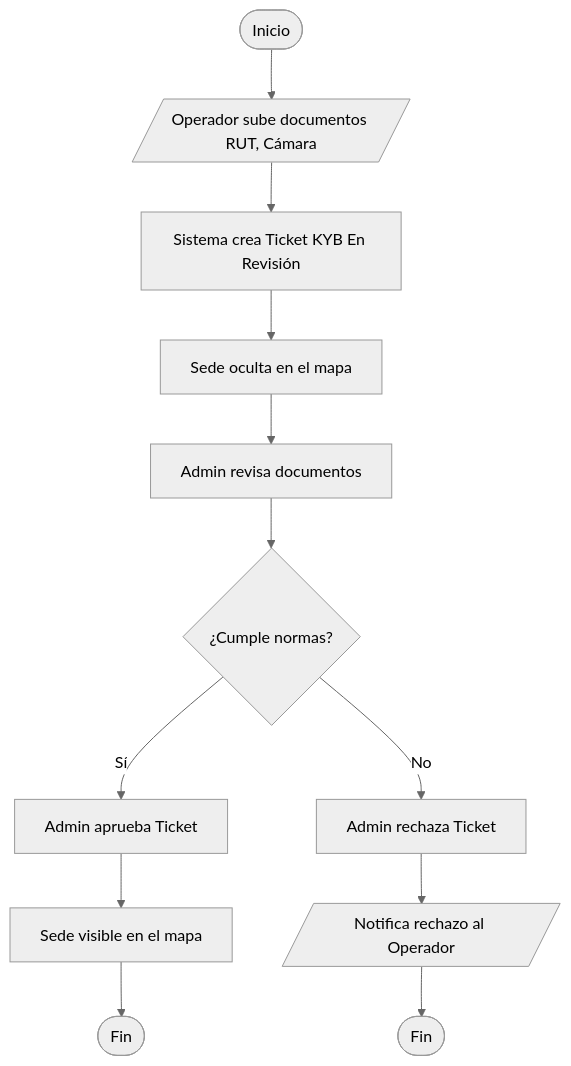
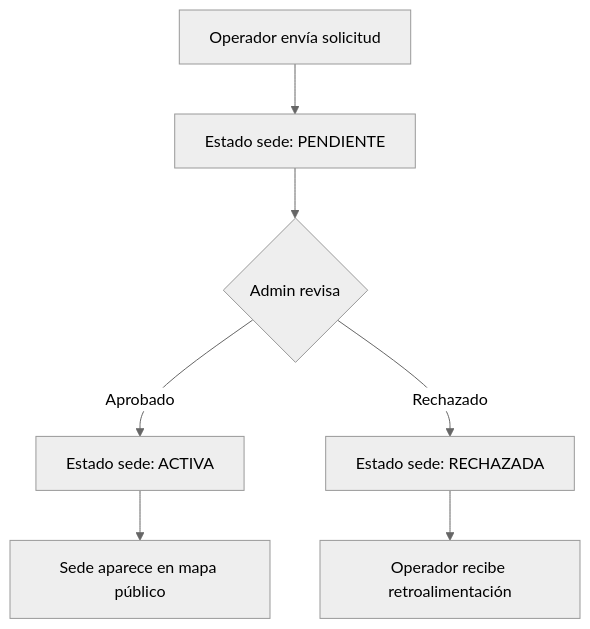
Before and after one commit to Amospad/Locify: the second of 2 diagrams in docs/docs/tecnico/flujos/flujo-06-onboarding-kyb.md, drawn with Mermaid (neutral theme). The commit also changed other lines of this file and 5 other files, not shown here.

````diff
--- a/docs/docs/tecnico/flujos/flujo-06-onboarding-kyb.md
+++ b/docs/docs/tecnico/flujos/flujo-06-onboarding-kyb.md
@@ -14,14 +58,9 @@
 ```mermaid
 flowchart TD
-    A([Inicio]) --> B[/Operador sube documentos RUT, Cámara/]
-    B --> C[Sistema crea Ticket KYB En Revisión]
-    C --> D[Sede oculta en el mapa]
-    D --> E[Admin revisa documentos]
-    E --> F{¿Cumple normas?}
-    F -->|Sí| G[Admin aprueba Ticket]
-    G --> H[Sede visible en el mapa]
-    H --> I([Fin])
-    F -->|No| J[Admin rechaza Ticket]
-    J --> K[/Notifica rechazo al Operador/]
-    K --> L([Fin])
+    A[Operador envía solicitud] --> B[Estado sede: PENDIENTE]
+    B --> C{Admin revisa}
+    C -->|Aprobado| D[Estado sede: ACTIVA]
+    C -->|Rechazado| E[Estado sede: RECHAZADA]
+    D --> F[Sede aparece en mapa público]
+    E --> G[Operador recibe retroalimentación]
 ```
````
